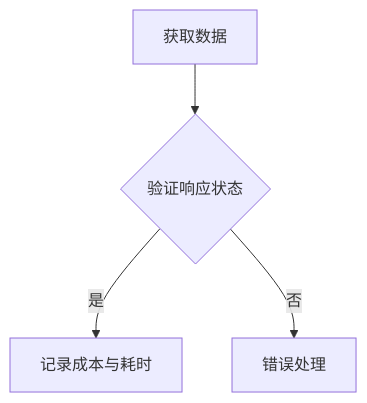
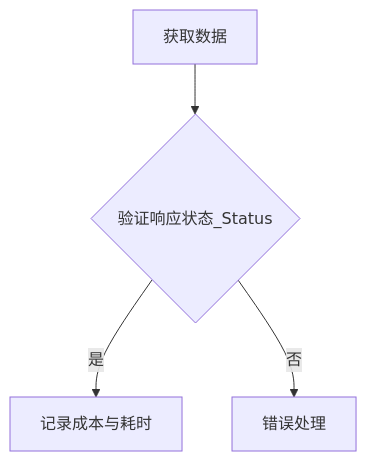
One commit to sopaco/mermaid-fixer changed the fourth of 6 diagrams in README.md. Above: the diagram before and after it, drawn with Mermaid. The commit also changed other lines of this file, not shown here.

````diff
--- a/README.md
+++ b/README.md
@@ -288,6 +288,6 @@
 ```mermaid
 graph TD
-    A[获取数据] --> B{验证响应状态}
+    A[获取数据] --> B{验证响应状态_Status}
     B -- "是" --> C[记录成本与耗时]
     B -- "否" --> D[错误处理]
 ```
````
